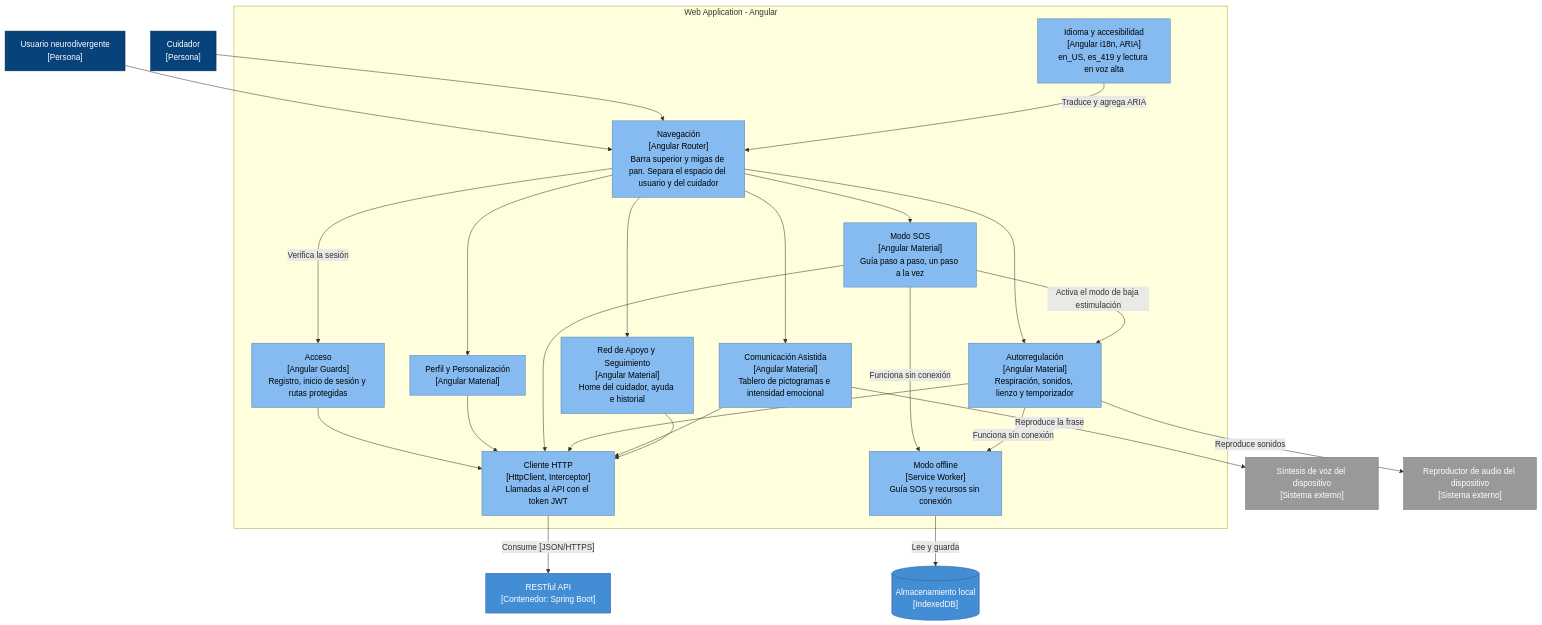
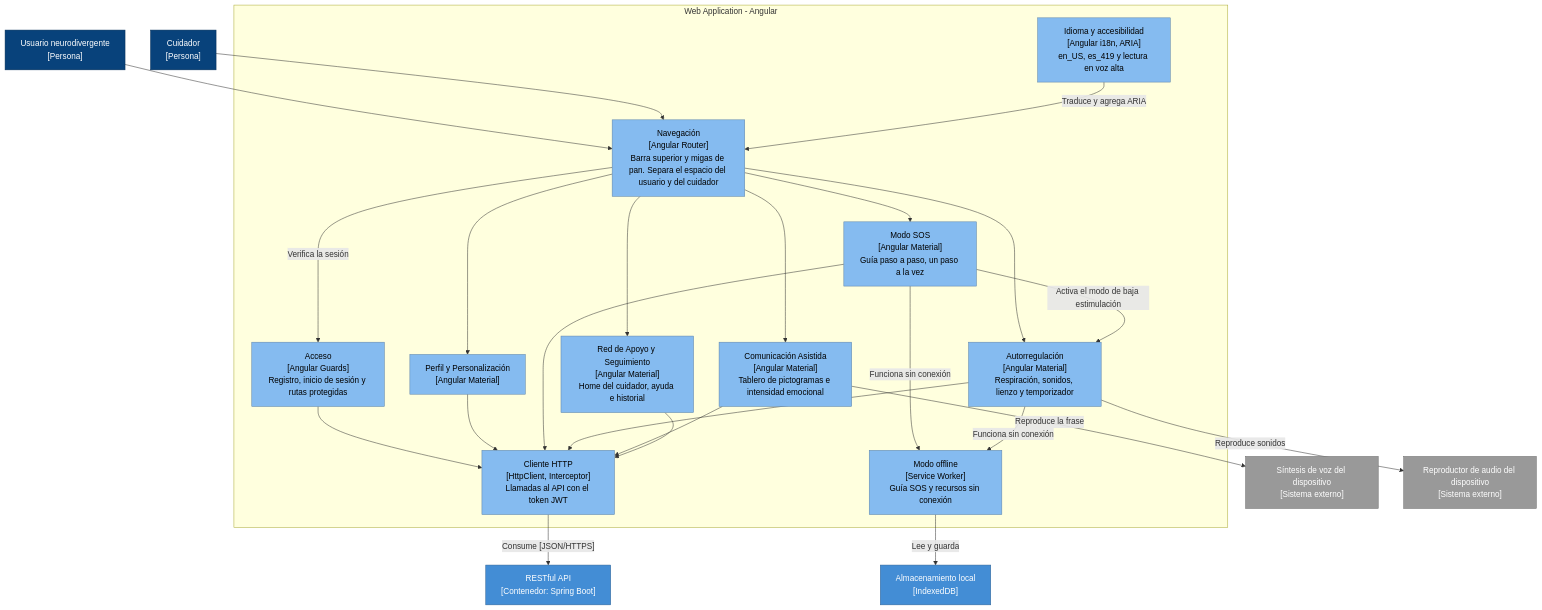
Before and after one commit to ASI0729-2620-7793-Open-Source/Macally: the tenth of 10 diagrams in Chapter-4.md, drawn with Mermaid. The commit also changed other lines of this file, not shown here.

Commit message:
fix(chapter4): replace shapes that clipped diagram labels

````diff
--- a/Chapter-4.md
+++ b/Chapter-4.md
@@ -1395,51 +1395,51 @@
 ```mermaid
 flowchart TB
     classDef persona fill:#08427B,stroke:#052E56,color:#FFFFFF
     classDef contenedor fill:#438DD5,stroke:#2E6295,color:#FFFFFF
     classDef componente fill:#85BBF0,stroke:#5D82A8,color:#000000
     classDef externo fill:#999999,stroke:#6B6B6B,color:#FFFFFF
 
     NEURO["Usuario neurodivergente<br/>[Persona]"]:::persona
     CUID["Cuidador<br/>[Persona]"]:::persona
 
     subgraph WEBB["Web Application - Angular"]
         SHELL["Navegación<br/>[Angular Router]<br/>Barra superior y migas de pan. Separa el espacio del usuario y del cuidador"]:::componente
         ACCESO["Acceso<br/>[Angular Guards]<br/>Registro, inicio de sesión y rutas protegidas"]:::componente
         PERFILUI["Perfil y Personalización<br/>[Angular Material]"]:::componente
         SOSUI["Modo SOS<br/>[Angular Material]<br/>Guía paso a paso, un paso a la vez"]:::componente
         AUTOUI["Autorregulación<br/>[Angular Material]<br/>Respiración, sonidos, lienzo y temporizador"]:::componente
         CAAUI["Comunicación Asistida<br/>[Angular Material]<br/>Tablero de pictogramas e intensidad emocional"]:::componente
         REDUI["Red de Apoyo y Seguimiento<br/>[Angular Material]<br/>Home del cuidador, ayuda e historial"]:::componente
         HTTP["Cliente HTTP<br/>[HttpClient, Interceptor]<br/>Llamadas al API con el token JWT"]:::componente
         OFF["Modo offline<br/>[Service Worker]<br/>Guía SOS y recursos sin conexión"]:::componente
         I18N["Idioma y accesibilidad<br/>[Angular i18n, ARIA]<br/>en_US, es_419 y lectura en voz alta"]:::componente
     end
 
-    LOCAL[("Almacenamiento local<br/>[IndexedDB]")]:::contenedor
+    LOCAL["Almacenamiento local<br/>[IndexedDB]"]:::contenedor
     API["RESTful API<br/>[Contenedor: Spring Boot]"]:::contenedor
     TTS["Síntesis de voz del dispositivo<br/>[Sistema externo]"]:::externo
     AUDIO["Reproductor de audio del dispositivo<br/>[Sistema externo]"]:::externo
 
     NEURO --> SHELL
     CUID --> SHELL
     SHELL -- "Verifica la sesión" --> ACCESO
     SHELL --> PERFILUI
     SHELL --> SOSUI
     SHELL --> AUTOUI
     SHELL --> CAAUI
     SHELL --> REDUI
     I18N -- "Traduce y agrega ARIA" --> SHELL
     SOSUI -- "Activa el modo de baja estimulación" --> AUTOUI
     CAAUI -- "Reproduce la frase" --> TTS
     AUTOUI -- "Reproduce sonidos" --> AUDIO
     SOSUI -- "Funciona sin conexión" --> OFF
     AUTOUI -- "Funciona sin conexión" --> OFF
     OFF -- "Lee y guarda" --> LOCAL
     ACCESO --> HTTP
     PERFILUI --> HTTP
     SOSUI --> HTTP
     AUTOUI --> HTTP
     CAAUI --> HTTP
     REDUI --> HTTP
     HTTP -- "Consume [JSON/HTTPS]" --> API
 ```
````
